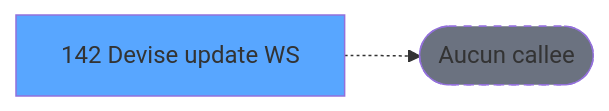
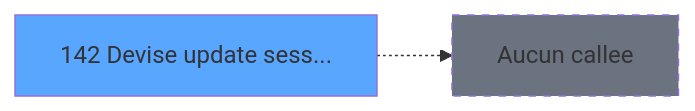
The third of 3 diagrams in .openspec/specs/ADH-IDE-142.md (thonyAGP/magic-migration), drawn with Mermaid before and after one commit. The commit also changed other lines of this file and 311 other files, not shown here.

````diff
--- a/.openspec/specs/ADH-IDE-142.md
+++ b/.openspec/specs/ADH-IDE-142.md
@@ -193,8 +183,8 @@
 ```mermaid
 graph LR
-    T[142 Devise update WS]
-    TERM([Aucun callee])
-    T -.-> TERM
-    style T fill:#58a6ff
-    style TERM fill:#6b7280,stroke-dasharray: 5 5
+    T142[142 Devise update sess...]
+    style T142 fill:#58a6ff
+    NONE[Aucun callee]
+    T142 -.-> NONE
+    style NONE fill:#6b7280,stroke-dasharray: 5 5
 ```
````
